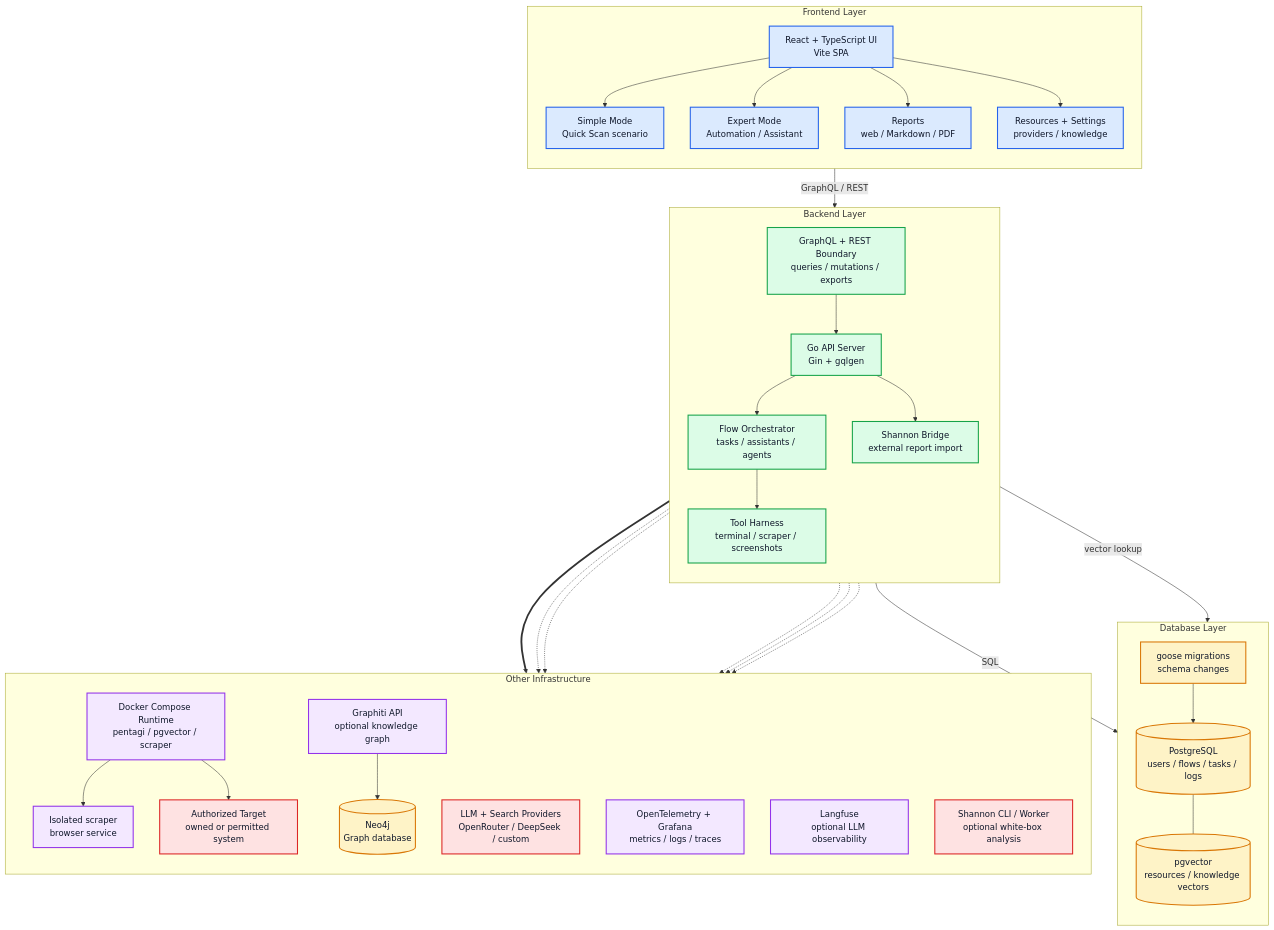
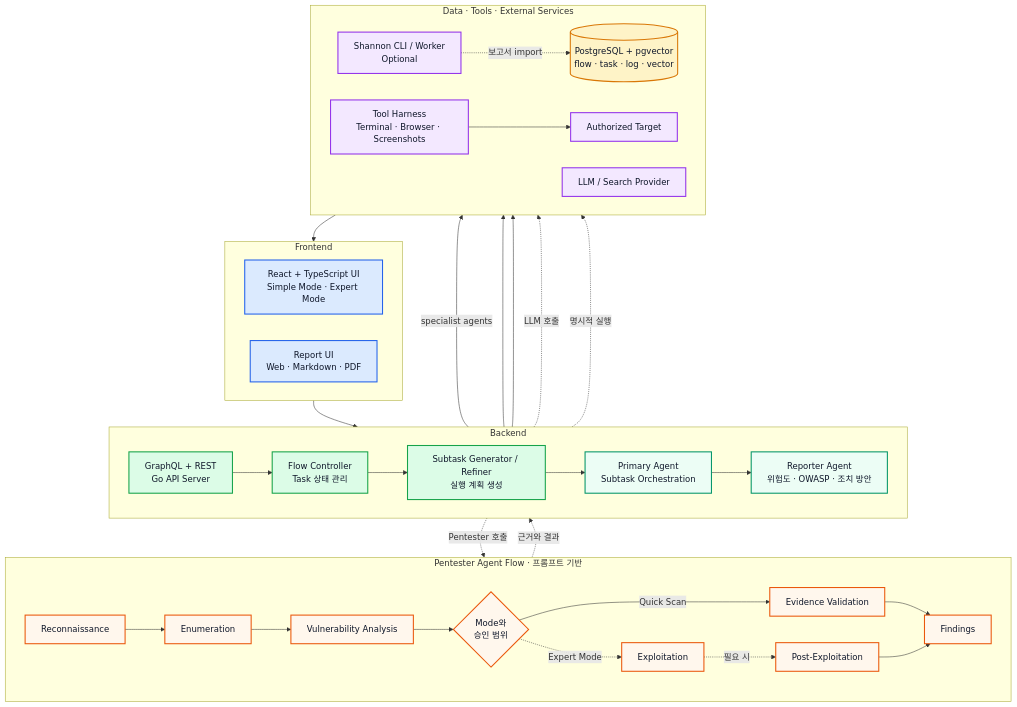
The second of 2 diagrams in README.md (2026OpenSourceSW/AegisX), drawn with Mermaid before and after one commit. The commit also changed other lines of this file and 2 other files, not shown here.

Commit message:
docs: localize README architecture

````diff
--- a/README.md
+++ b/README.md
@@ -141,76 +139,60 @@
 ```mermaid
 flowchart TB
-    classDef frontend fill:#dbeafe,stroke:#2563eb,stroke-width:2px,color:#0f172a
-    classDef backend fill:#dcfce7,stroke:#16a34a,stroke-width:2px,color:#0f172a
-    classDef database fill:#fef3c7,stroke:#d97706,stroke-width:2px,color:#0f172a
-    classDef infra fill:#f3e8ff,stroke:#9333ea,stroke-width:2px,color:#0f172a
-    classDef external fill:#fee2e2,stroke:#dc2626,stroke-width:2px,color:#0f172a
+    classDef ui fill:#dbeafe,stroke:#2563eb,stroke-width:2px,color:#0f172a
+    classDef service fill:#dcfce7,stroke:#16a34a,stroke-width:2px,color:#0f172a
+    classDef flow fill:#ecfdf5,stroke:#059669,stroke-width:2px,color:#0f172a
+    classDef stage fill:#fff7ed,stroke:#ea580c,stroke-width:2px,color:#0f172a
+    classDef store fill:#fef3c7,stroke:#d97706,stroke-width:2px,color:#0f172a
+    classDef external fill:#f3e8ff,stroke:#9333ea,stroke-width:2px,color:#0f172a
 
-    subgraph Frontend["Frontend Layer"]
-        direction TB
-        WebUI["React + TypeScript UI<br/>Vite SPA"]
-        SimpleMode["Simple Mode<br/>Quick Scan scenario"]
-        ExpertMode["Expert Mode<br/>Automation / Assistant"]
-        ReportUI["Reports<br/>web / Markdown / PDF"]
-        ResourceUI["Resources + Settings<br/>providers / knowledge"]
-        WebUI --> SimpleMode
-        WebUI --> ExpertMode
-        WebUI --> ReportUI
-        WebUI --> ResourceUI
+    subgraph Frontend["Frontend"]
+        direction LR
+        UI["React + TypeScript UI<br/>Simple Mode · Expert Mode"]
+        ReportUI["Report UI<br/>Web · Markdown · PDF"]
     end
 
-    subgraph Backend["Backend Layer"]
-        direction TB
-        EdgeAPI["GraphQL + REST Boundary<br/>queries / mutations / exports"]
-        API["Go API Server<br/>Gin + gqlgen"]
-        Orchestration["Flow Orchestrator<br/>tasks / assistants / agents"]
-        Harness["Tool Harness<br/>terminal / scraper / screenshots"]
-        ShannonBridge["Shannon Bridge<br/>external report import"]
-        EdgeAPI --> API
-        API --> Orchestration
-        Orchestration --> Harness
-        API --> ShannonBridge
+    subgraph Backend["Backend"]
+        direction LR
+        API["GraphQL + REST<br/>Go API Server"]
+        Flow["Flow Controller<br/>Task 상태 관리"]
+        Plan["Subtask Generator / Refiner<br/>실행 계획 생성"]
+        Primary["Primary Agent<br/>Subtask Orchestration"]
+        Report["Reporter Agent<br/>위험도 · OWASP · 조치 방안"]
+        API --> Flow --> Plan --> Primary --> Report
     end
 
-    subgraph Database["Database Layer"]
-        direction TB
-        Migrations["goose migrations<br/>schema changes"]
-        AppDB[(PostgreSQL<br/>users / flows / tasks / logs)]
-        VectorDB[(pgvector<br/>resources / knowledge vectors)]
-        Migrations --> AppDB
-        AppDB --- VectorDB
+    subgraph Assessment["Pentester Agent Flow · 프롬프트 기반"]
+        direction LR
+        Recon["Reconnaissance"] --> Enum["Enumeration"] --> Analyze["Vulnerability Analysis"]
+        Analyze --> Scope{"Mode와<br/>승인 범위"}
+        Scope -->|"Quick Scan"| Evidence["Evidence Validation"] --> Finding["Findings"]
+        Scope -. "Expert Mode" .-> Exploit["Exploitation"] -. "필요 시" .-> Impact["Post-Exploitation"] --> Finding
     end
 
-    subgraph Other["Other Infrastructure"]
-        direction TB
-        Docker["Docker Compose Runtime<br/>pentagi / pgvector / scraper"]
-        Scraper["Isolated scraper<br/>browser service"]
-        Providers["LLM + Search Providers<br/>OpenRouter / DeepSeek / custom"]
-        Target["Authorized Target<br/>owned or permitted system"]
-        Graphiti["Graphiti API<br/>optional knowledge graph"]
-        Neo4j[(Neo4j<br/>Graph database)]
-        Observability["OpenTelemetry + Grafana<br/>metrics / logs / traces"]
-        Langfuse["Langfuse<br/>optional LLM observability"]
-        ShannonExternal["Shannon CLI / Worker<br/>optional white-box analysis"]
-        Docker --> Scraper
-        Docker --> Target
-        Graphiti --> Neo4j
+    subgraph DataAndTools["Data · Tools · External Services"]
+        direction LR
+        DB[("PostgreSQL + pgvector<br/>flow · task · log · vector")]
+        Tools["Tool Harness<br/>Terminal · Browser · Screenshots"]
+        Target["Authorized Target"]
+        Providers["LLM / Search Provider"]
+        Shannon["Shannon CLI / Worker<br/>Optional"]
+        Tools --> Target
     end
 
-    WebUI -- "GraphQL / REST" --> EdgeAPI
+    UI --> API
+    Primary -->|"specialist agents"| Tools
+    Primary -. "Pentester 호출" .-> Recon
+    Finding -. "근거와 결과" .-> Primary
+    Report --> DB --> ReportUI
+    Flow --> DB
+    Primary -. "LLM 호출" .-> Providers
+    API -. "명시적 실행" .-> Shannon
+    Shannon -. "보고서 import" .-> DB
 
-    API -- "SQL" --> AppDB
-    Orchestration -- "vector lookup" --> VectorDB
-    Harness ==> Docker
-    Orchestration -.-> Providers
-    Orchestration -.-> Graphiti
-    API -.-> Observability
-    API -.-> Langfuse
-    ShannonBridge -.-> ShannonExternal
-
-    class WebUI,SimpleMode,ExpertMode,ReportUI,ResourceUI frontend
-    class EdgeAPI,API,Orchestration,Harness,ShannonBridge backend
-    class Migrations,AppDB,VectorDB,Neo4j database
-    class Docker,Scraper,Graphiti,Observability,Langfuse infra
-    class Providers,Target,ShannonExternal external
+    class UI,ReportUI ui
+    class API,Flow,Plan service
+    class Primary,Report flow
+    class Recon,Enum,Analyze,Scope,Evidence,Exploit,Impact,Finding stage
+    class DB store
+    class Tools,Target,Providers,Shannon external
 ```
````
